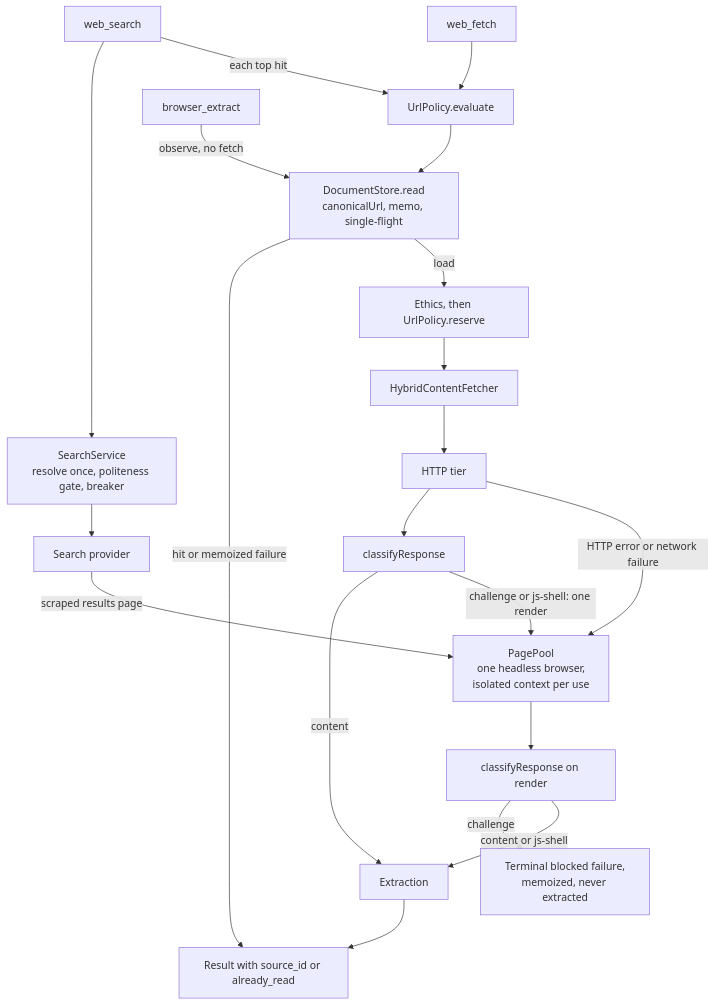
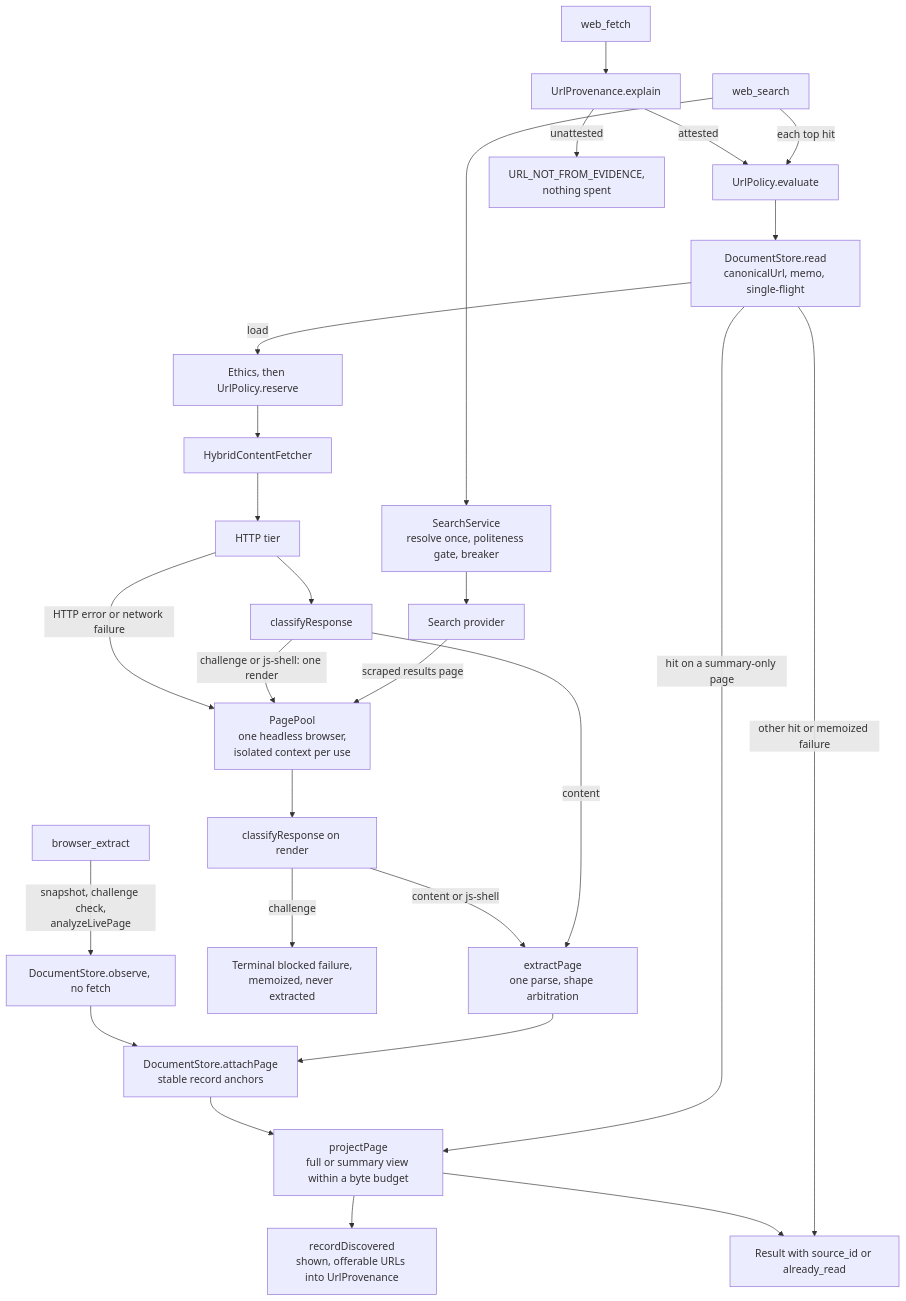
Diagram 14 of 23 in docs/architecture.md (abranjith/yantra), drawn with Mermaid before and after one commit. The commit also changed other lines of this file and 111 other files, not shown here.

First line of the commit message:
Ft/feat 051 shape aware extraction (#3)

````diff
--- a/docs/architecture.md
+++ b/docs/architecture.md
@@ -1367,21 +1442,28 @@
 ```mermaid
 flowchart TD
   Search[web_search] --> SearchSvc[SearchService<br/>resolve once, politeness gate, breaker]
   SearchSvc --> Provider[Search provider]
   Provider -->|scraped results page| Pool
   Search -->|each top hit| Evaluate
-  Fetch[web_fetch] --> Evaluate[UrlPolicy.evaluate]
+  Fetch[web_fetch] --> Explain[UrlProvenance.explain]
+  Explain -->|unattested| Refused[URL_NOT_FROM_EVIDENCE,<br/>nothing spent]
+  Explain -->|attested| Evaluate[UrlPolicy.evaluate]
   Evaluate --> Store[DocumentStore.read<br/>canonicalUrl, memo, single-flight]
-  Store -->|hit or memoized failure| Result[Result with source_id or already_read]
+  Store -->|hit on a summary-only page| Project
+  Store -->|other hit or memoized failure| Result[Result with source_id or already_read]
   Store -->|load| Gate[Ethics, then UrlPolicy.reserve]
   Gate --> Hybrid[HybridContentFetcher]
   Hybrid --> Http[HTTP tier] --> Classify[classifyResponse]
-  Classify -->|content| Extract[Extraction]
+  Classify -->|content| Extract[extractPage<br/>one parse, shape arbitration]
   Classify -->|challenge or js-shell: one render| Pool[PagePool<br/>one headless browser,<br/>isolated context per use]
   Http -->|HTTP error or network failure| Pool
   Pool --> Classify2[classifyResponse on render]
   Classify2 -->|challenge| Blocked[Terminal blocked failure,<br/>memoized, never extracted]
   Classify2 -->|content or js-shell| Extract
-  Extract --> Result
-  Extract2[browser_extract] -->|observe, no fetch| Store
+  Extract --> Attach[DocumentStore.attachPage<br/>stable record anchors]
+  Extract2[browser_extract] -->|snapshot, challenge check,<br/>analyzeLivePage| Observe[DocumentStore.observe, no fetch]
+  Observe --> Attach
+  Attach --> Project[projectPage<br/>full or summary view within a byte budget]
+  Project --> Discovered[recordDiscovered<br/>shown, offerable URLs into UrlProvenance]
+  Project --> Result
 ```
````
